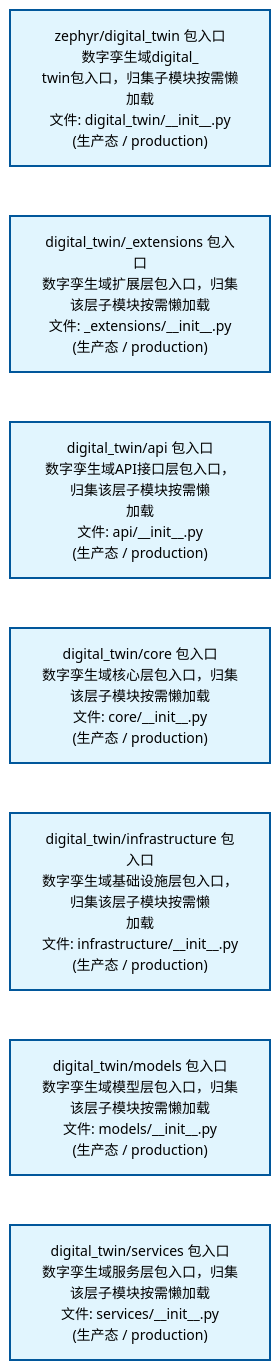
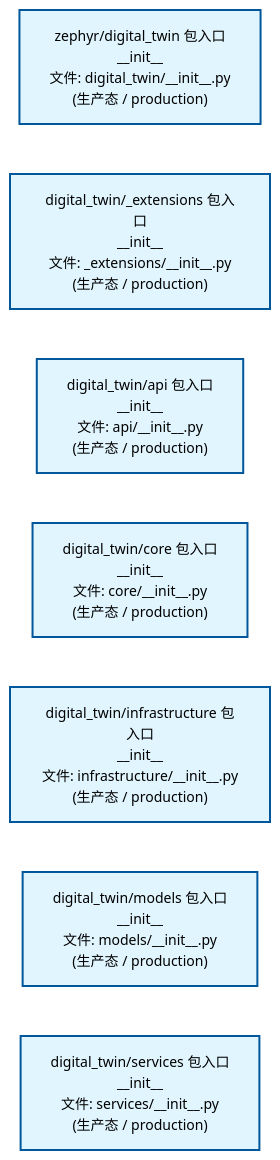
The first of 2 diagrams in docs/02_enterprise_architecture/02_domain_architecture_docs/42_d_digital_twin.md (xuanFelixVan/ZephyrAlpha), drawn with Mermaid before and after one commit. The commit also changed other lines of this file and 61 other files, not shown here.

````diff
--- a/docs/02_enterprise_architecture/02_domain_architecture_docs/42_d_digital_twin.md
+++ b/docs/02_enterprise_architecture/02_domain_architecture_docs/42_d_digital_twin.md
@@ -53,22 +53,22 @@
 ```mermaid
 %%{init: {'theme': 'base', 'themeVariables': {'primaryColor': '#eaeaea', 'primaryTextColor': '#333333', 'primaryBorderColor': '#666666', 'lineColor': '#666666', 'secondaryColor': '#eaeaea', 'tertiaryColor': '#eaeaea', 'fontSize': '14px'}}}%%
 flowchart TD
-    src_zephyr_digital_twin_init_py["zephyr/digital_twin 包入口<br/>数字孪生域digital_<br/>twin包入口，归集子模块按需懒加载<br/>文件: digital_twin/__init__.py<br/>(生产态 / production)"]
-    src_zephyr_digital_twin_extensions_init_py["digital_twin/_extensions 包入口<br/>数字孪生域扩展层包入口，归集该层子模块按需懒加载<br/>文件: _extensions/__init__.py<br/>(生产态 / production)"]
-    src_zephyr_digital_twin_api_init_py["digital_twin/api 包入口<br/>数字孪生域API接口层包入口，归集该层子模块按需懒<br/>加载<br/>文件: api/__init__.py<br/>(生产态 / production)"]
-    src_zephyr_digital_twin_core_init_py["digital_twin/core 包入口<br/>数字孪生域核心层包入口，归集该层子模块按需懒加载<br/>文件: core/__init__.py<br/>(生产态 / production)"]
-    src_zephyr_digital_twin_infrastructure_init_py["digital_twin/infrastructure 包入口<br/>数字孪生域基础设施层包入口，归集该层子模块按需懒<br/>加载<br/>文件: infrastructure/__init__.py<br/>(生产态 / production)"]
-    src_zephyr_digital_twin_models_init_py["digital_twin/models 包入口<br/>数字孪生域模型层包入口，归集该层子模块按需懒加载<br/>文件: models/__init__.py<br/>(生产态 / production)"]
-    src_zephyr_digital_twin_services_init_py["digital_twin/services 包入口<br/>数字孪生域服务层包入口，归集该层子模块按需懒加载<br/>文件: services/__init__.py<br/>(生产态 / production)"]
+    src_zephyr_digital_twin_init_py["zephyr/digital_twin 包入口<br/>__init__<br/>文件: digital_twin/__init__.py<br/>(生产态 / production)"]
+    src_zephyr_digital_twin_extensions_init_py["digital_twin/_extensions 包入口<br/>__init__<br/>文件: _extensions/__init__.py<br/>(生产态 / production)"]
+    src_zephyr_digital_twin_api_init_py["digital_twin/api 包入口<br/>__init__<br/>文件: api/__init__.py<br/>(生产态 / production)"]
+    src_zephyr_digital_twin_core_init_py["digital_twin/core 包入口<br/>__init__<br/>文件: core/__init__.py<br/>(生产态 / production)"]
+    src_zephyr_digital_twin_infrastructure_init_py["digital_twin/infrastructure 包入口<br/>__init__<br/>文件: infrastructure/__init__.py<br/>(生产态 / production)"]
+    src_zephyr_digital_twin_models_init_py["digital_twin/models 包入口<br/>__init__<br/>文件: models/__init__.py<br/>(生产态 / production)"]
+    src_zephyr_digital_twin_services_init_py["digital_twin/services 包入口<br/>__init__<br/>文件: services/__init__.py<br/>(生产态 / production)"]
     src_zephyr_digital_twin_init_py ~~~ src_zephyr_digital_twin_extensions_init_py
     src_zephyr_digital_twin_extensions_init_py ~~~ src_zephyr_digital_twin_api_init_py
     src_zephyr_digital_twin_api_init_py ~~~ src_zephyr_digital_twin_core_init_py
     src_zephyr_digital_twin_core_init_py ~~~ src_zephyr_digital_twin_infrastructure_init_py
     src_zephyr_digital_twin_infrastructure_init_py ~~~ src_zephyr_digital_twin_models_init_py
     src_zephyr_digital_twin_models_init_py ~~~ src_zephyr_digital_twin_services_init_py
     classDef production fill:#e1f5fe,stroke:#01579b,stroke-width:2px,color:#000
     classDef design fill:#fff3e0,stroke:#e65100,stroke-width:2px,color:#000,stroke-dasharray: 5 5
     classDef external_prod fill:#e8f4fd,stroke:#0277bd,stroke-width:1px,color:#000
     classDef external_design fill:#fff8e7,stroke:#ef6c00,stroke-width:1px,color:#000,stroke-dasharray: 5 5
     class src_zephyr_digital_twin_init_py,src_zephyr_digital_twin_extensions_init_py,src_zephyr_digital_twin_api_init_py,src_zephyr_digital_twin_core_init_py,src_zephyr_digital_twin_infrastructure_init_py,src_zephyr_digital_twin_models_init_py,src_zephyr_digital_twin_services_init_py production
 ```
````
